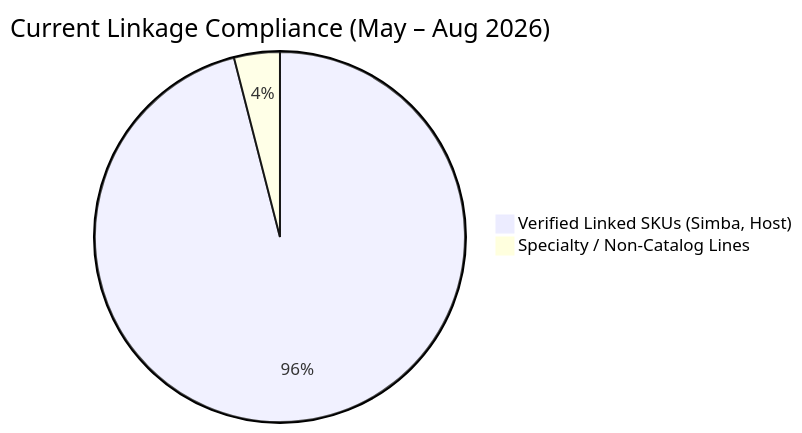
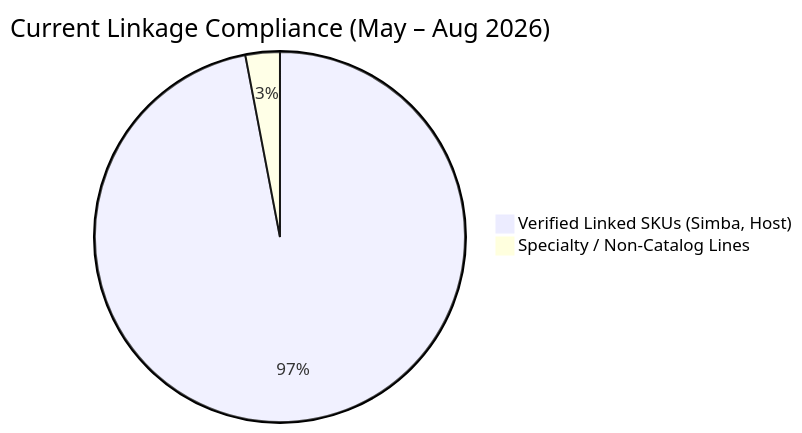
Before and after one commit to SPLGit-Project/ProcureFlow-App: the fourth of 8 diagrams in docs/PROCUREFLOW_DEVELOPMENT_ACTION_PLAN.md, drawn with Mermaid. The commit also changed other lines of this file and 2 other files, not shown here.

````diff
--- a/docs/PROCUREFLOW_DEVELOPMENT_ACTION_PLAN.md
+++ b/docs/PROCUREFLOW_DEVELOPMENT_ACTION_PLAN.md
@@ -83,5 +127,5 @@
 ```mermaid
 pie title Current Linkage Compliance (May – Aug 2026)
-    "Verified Linked SKUs (Simba, Host)" : 96
-    "Specialty / Non-Catalog Lines" : 4
+    "Verified Linked SKUs (Simba, Host)" : 97
+    "Specialty / Non-Catalog Lines" : 3
 ```
````
